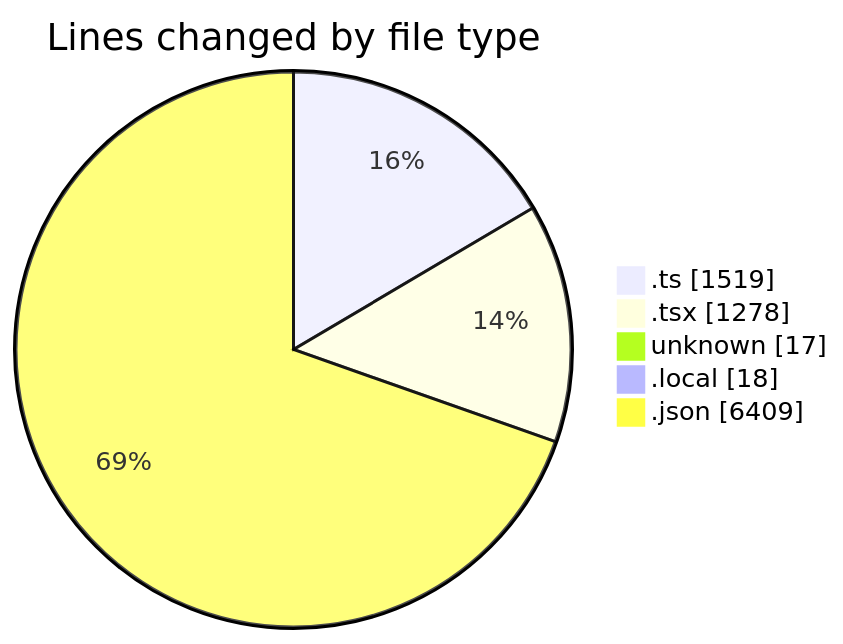
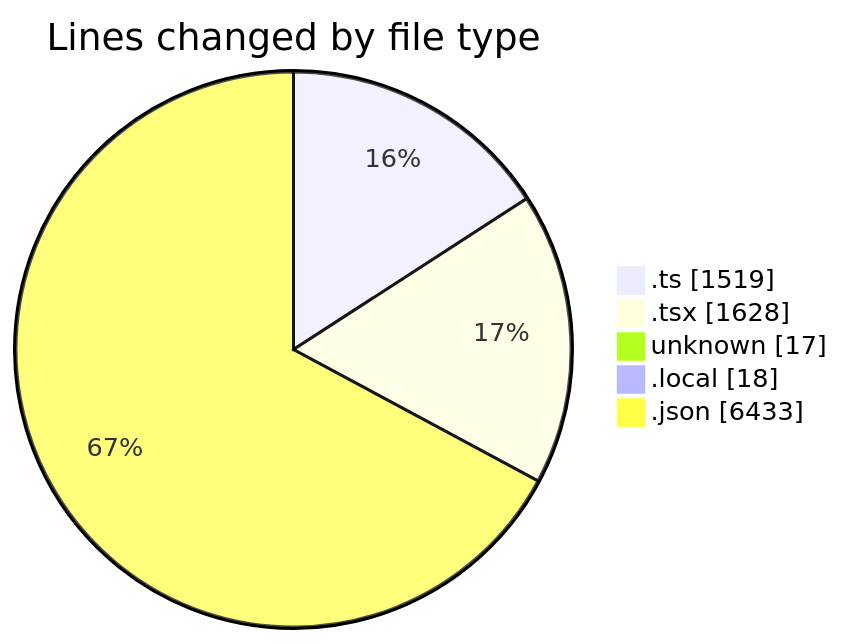
One commit to CELIANVF/code-tracking changed the first of 2 diagrams in 2025-05-16/ecodeli-1/README.md. Above: the diagram before and after it, drawn with Mermaid. The commit also changed other lines of this file and 1 other file, not shown here.

````diff
--- a/2025-05-16/ecodeli-1/README.md
+++ b/2025-05-16/ecodeli-1/README.md
@@ -38,9 +39,9 @@
 ```mermaid
 pie showData
 title Lines changed by file type
 ".ts" : 1519
-".tsx" : 1278
+".tsx" : 1628
 "unknown" : 17
 ".local" : 18
-".json" : 6409
+".json" : 6433
 ```
````
